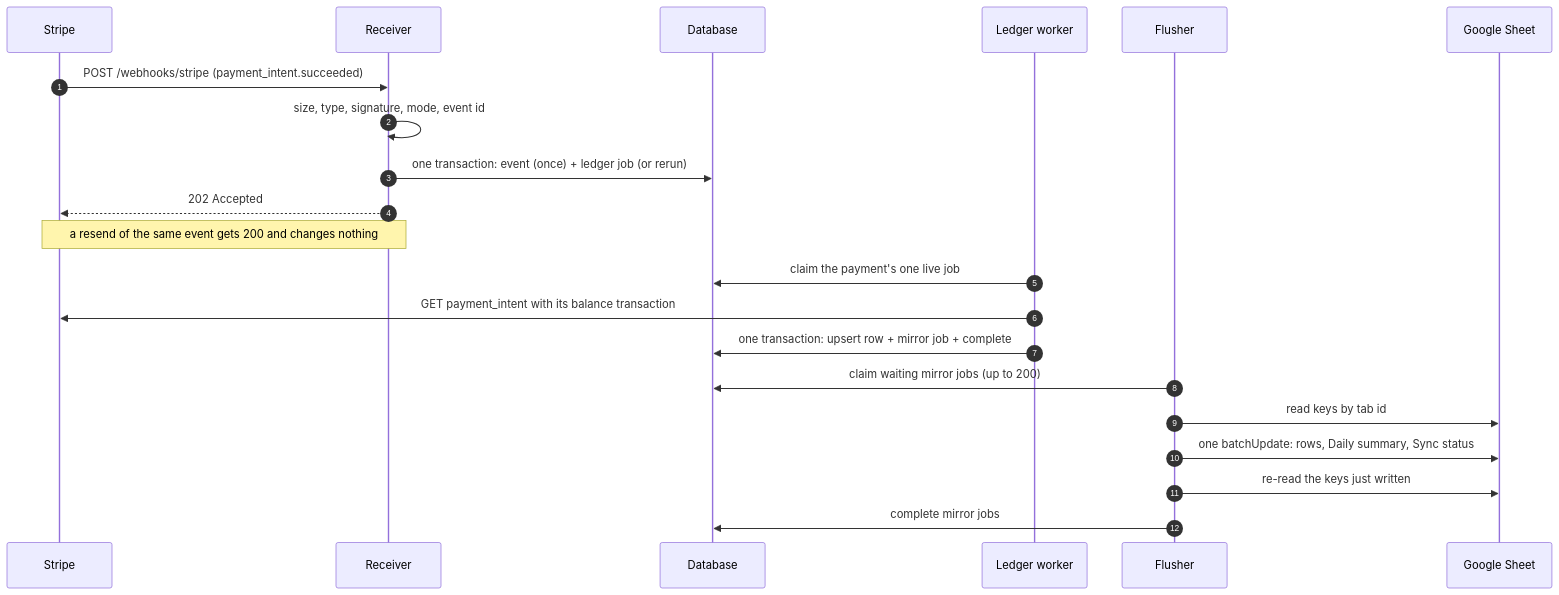
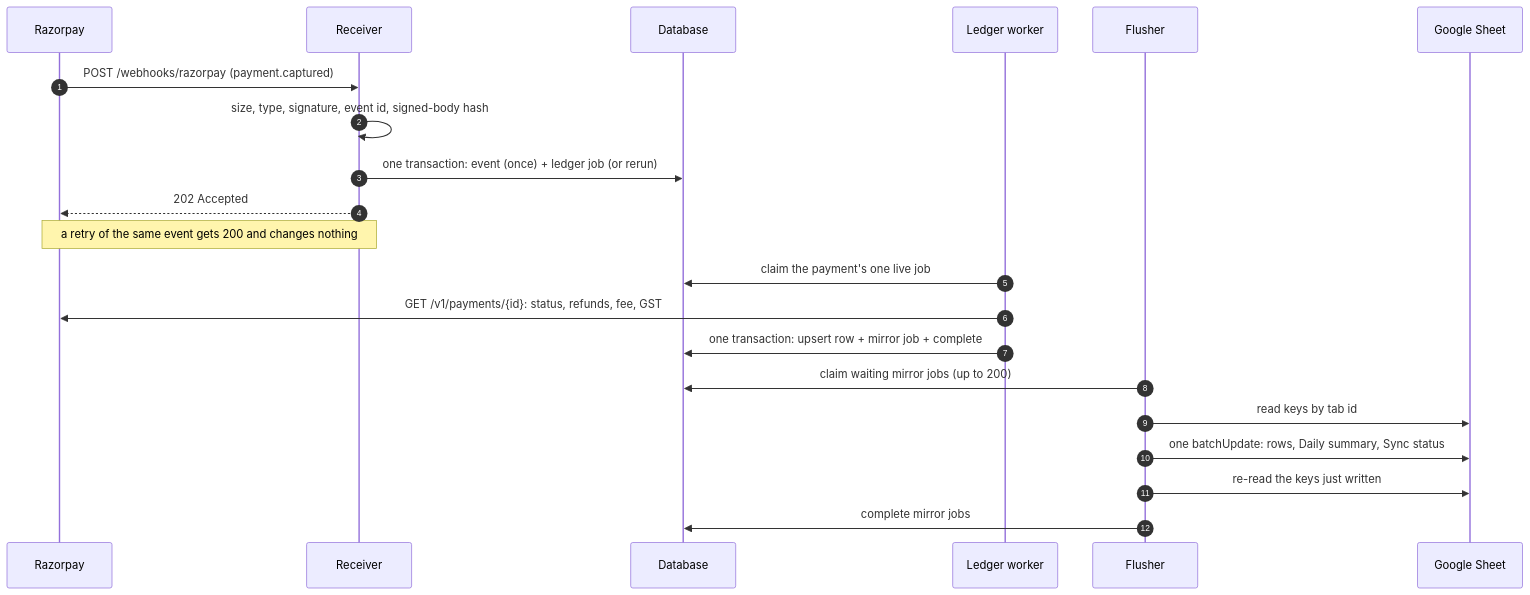
One commit to lalitkarthik/webhook-sync changed the second of 2 diagrams in docs/design/00-overview.md. Above: the diagram before and after it, drawn with Mermaid. The commit also changed other lines of this file and 17 other files, not shown here.

First line of the commit message:
Design round 11: Razorpay first, Stripe parked (Q103-Q114)

````diff
--- a/docs/design/00-overview.md
+++ b/docs/design/00-overview.md
@@ -52,23 +50,23 @@
 ```mermaid
 sequenceDiagram
   autonumber
-  participant S as Stripe
+  participant S as Razorpay
   participant R as Receiver
   participant D as Database
   participant W as Ledger worker
   participant F as Flusher
   participant G as Google Sheet
-  S->>R: POST /webhooks/stripe (payment_intent.succeeded)
-  R->>R: size, type, signature, mode, event id
+  S->>R: POST /webhooks/razorpay (payment.captured)
+  R->>R: size, type, signature, event id, signed-body hash
   R->>D: one transaction: event (once) + ledger job (or rerun)
   R-->>S: 202 Accepted
-  Note over S,R: a resend of the same event gets 200 and changes nothing
+  Note over S,R: a retry of the same event gets 200 and changes nothing
   W->>D: claim the payment's one live job
-  W->>S: GET payment_intent with its balance transaction
+  W->>S: GET /v1/payments/{id}: status, refunds, fee, GST
   W->>D: one transaction: upsert row + mirror job + complete
   F->>D: claim waiting mirror jobs (up to 200)
   F->>G: read keys by tab id
   F->>G: one batchUpdate: rows, Daily summary, Sync status
   F->>G: re-read the keys just written
   F->>D: complete mirror jobs
 ```
````
